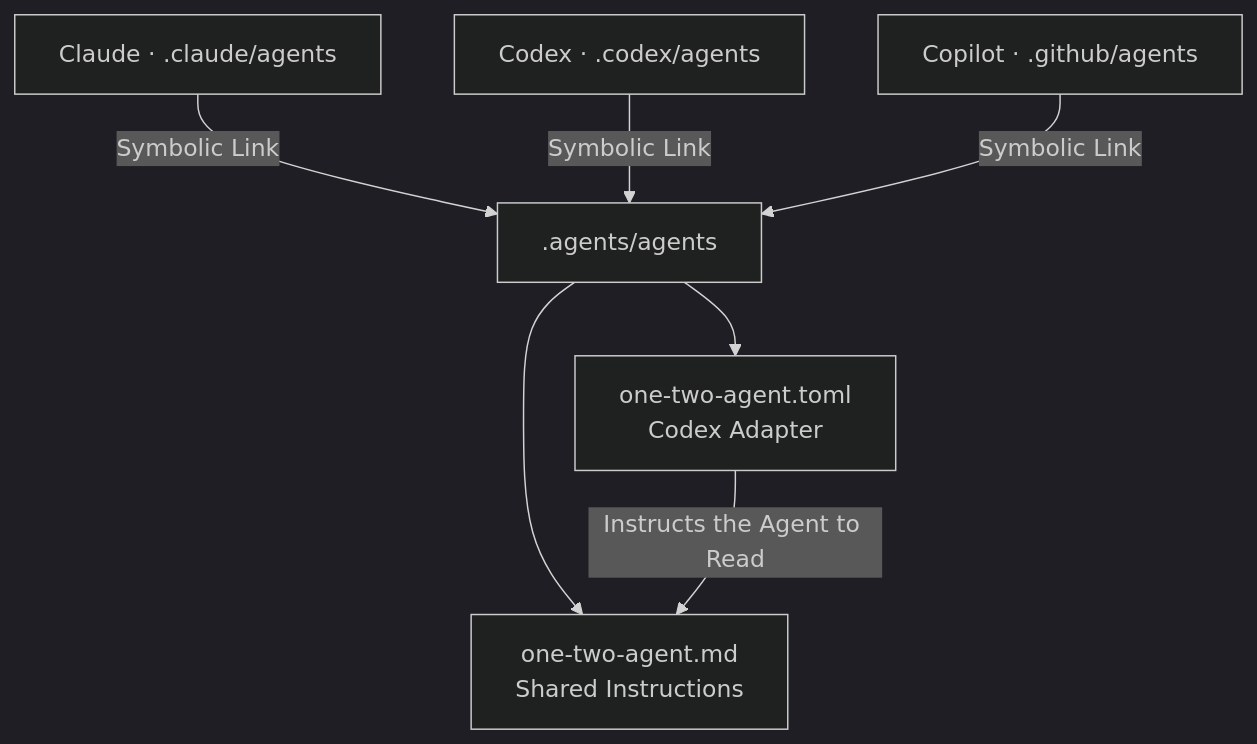
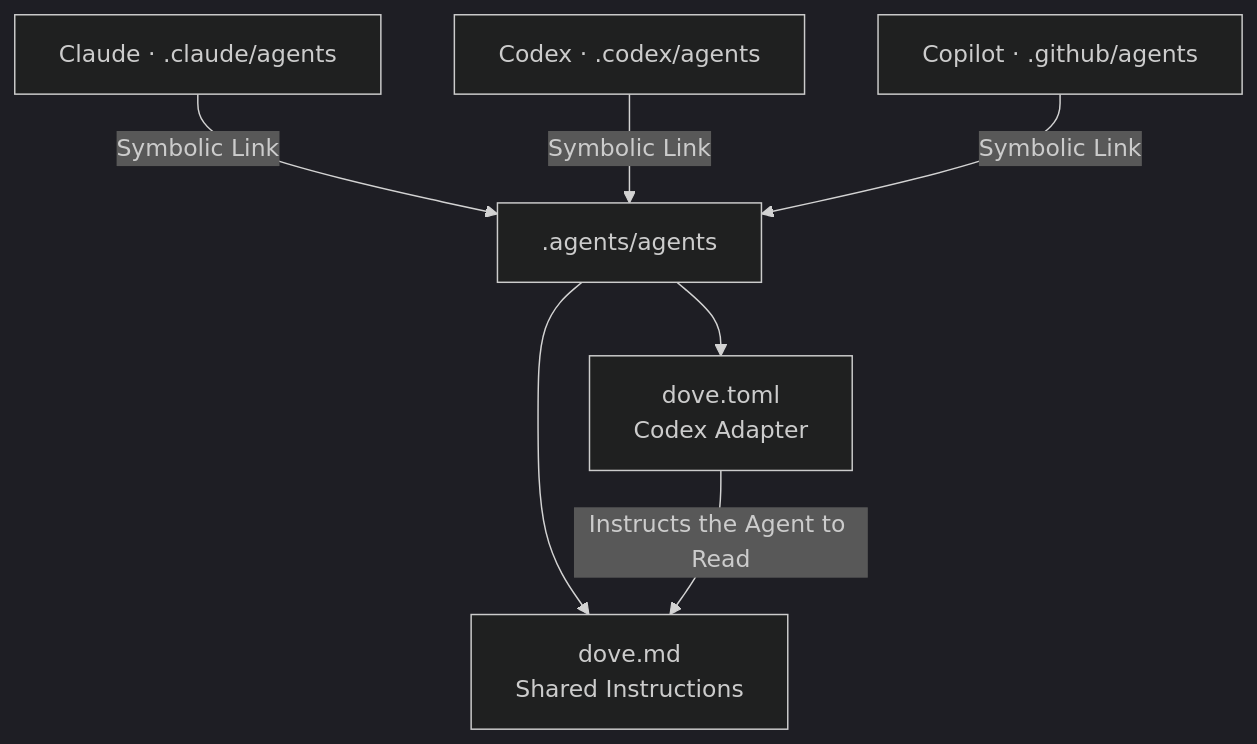
Before and after one commit to cangrejometralleta/OneTwoThree: the diagram in rules/vendor-integration.md, drawn with Mermaid (dark theme). The commit also changed 7 other files, not shown here.

Commit message:
Name shared agent Dove

````diff
--- a/rules/vendor-integration.md
+++ b/rules/vendor-integration.md
@@ -29,9 +29,9 @@
 ```mermaid
 flowchart TD
     Claude["Claude · .claude/agents"] -->|Symbolic Link| Shared[".agents/agents"]
     Codex["Codex · .codex/agents"] -->|Symbolic Link| Shared
     Copilot["Copilot · .github/agents"] -->|Symbolic Link| Shared
-    Shared --> Markdown["one-two-agent.md<br/>Shared Instructions"]
-    Shared --> Adapter["one-two-agent.toml<br/>Codex Adapter"]
+    Shared --> Markdown["dove.md<br/>Shared Instructions"]
+    Shared --> Adapter["dove.toml<br/>Codex Adapter"]
     Adapter -->|Instructs the Agent to Read| Markdown
 ```
````
